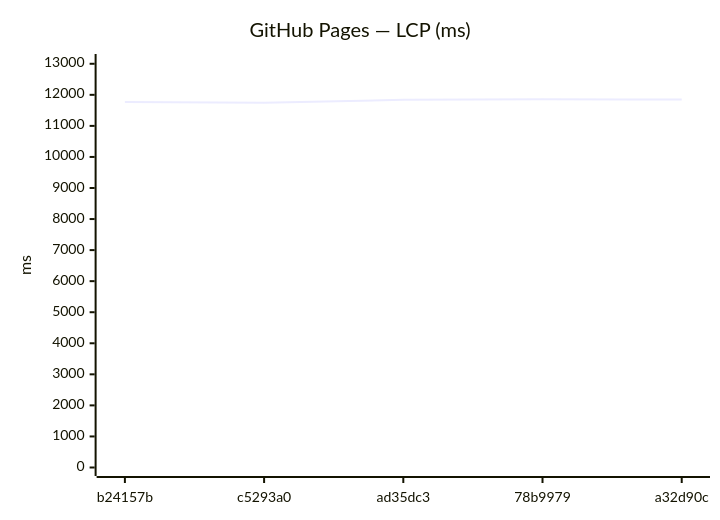
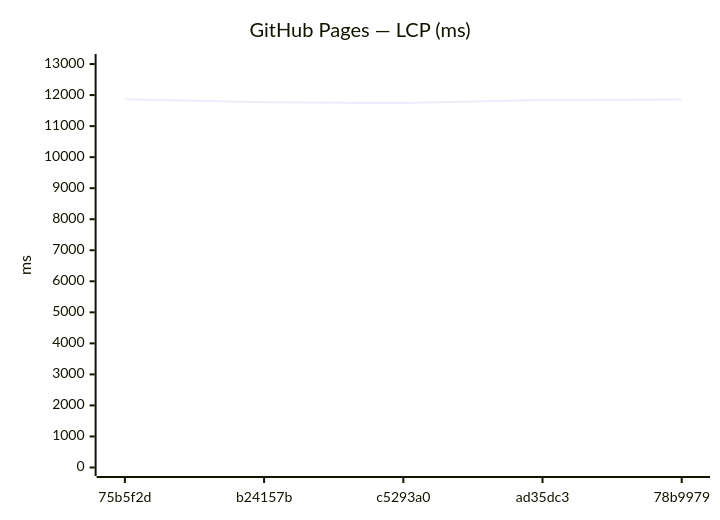
One commit to Metaheurist/Rianell changed diagram 11 of 24 in benchmarks/compare.md. Above: the diagram before and after it, drawn with Mermaid. The commit also changed other lines of this file and 14 other files, not shown here.

````diff
--- a/benchmarks/compare.md
+++ b/benchmarks/compare.md
@@ -169,7 +169,7 @@
 ```mermaid
 xychart-beta
     title "GitHub Pages — LCP (ms)"
-    x-axis ["b24157b", "c5293a0", "ad35dc3", "78b9979", "a32d90c"]
-    y-axis "ms" 0 --> 13041
-    line [11768, 11742, 11838, 11855, 11852]
+    x-axis ["75b5f2d", "b24157b", "c5293a0", "ad35dc3", "78b9979"]
+    y-axis "ms" 0 --> 13050
+    line [11863, 11768, 11742, 11838, 11855]
 ```
````
